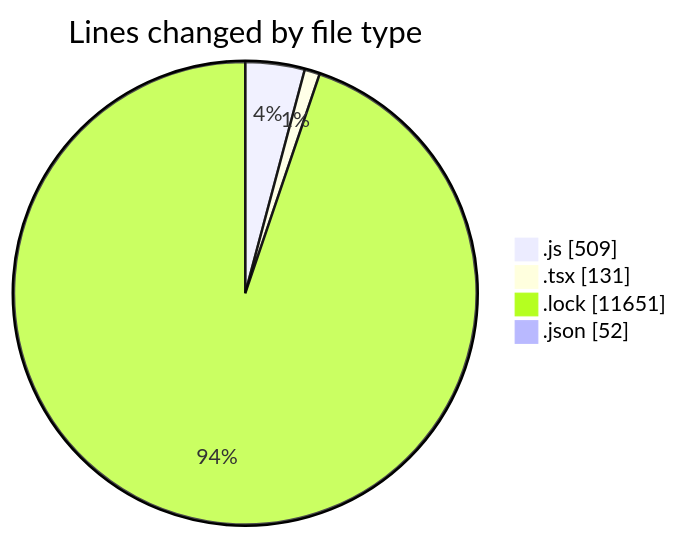
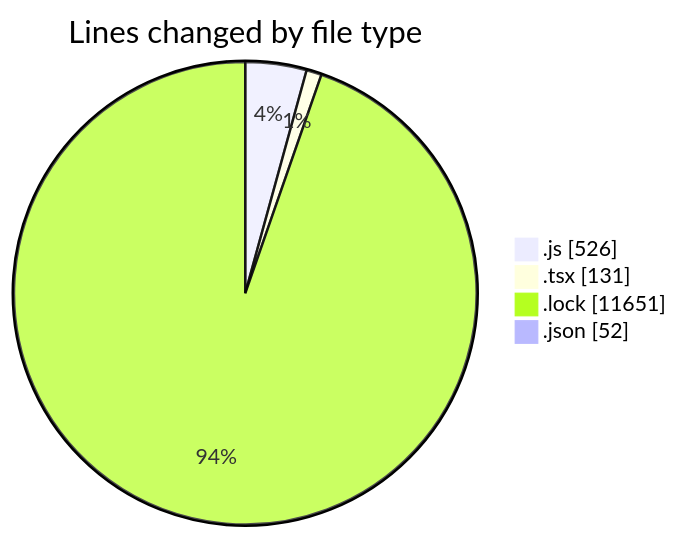
Before and after one commit to momahboobian/code-tracking: the first of 2 diagrams in 2026-01-13/cda/README.md, drawn with Mermaid. The commit also changed other lines of this file and 1 other file, not shown here.

````diff
--- a/2026-01-13/cda/README.md
+++ b/2026-01-13/cda/README.md
@@ -24,8 +24,8 @@
 ```mermaid
 pie showData
 title Lines changed by file type
-".js" : 509
+".js" : 526
 ".tsx" : 131
 ".lock" : 11651
 ".json" : 52
 ```
````
